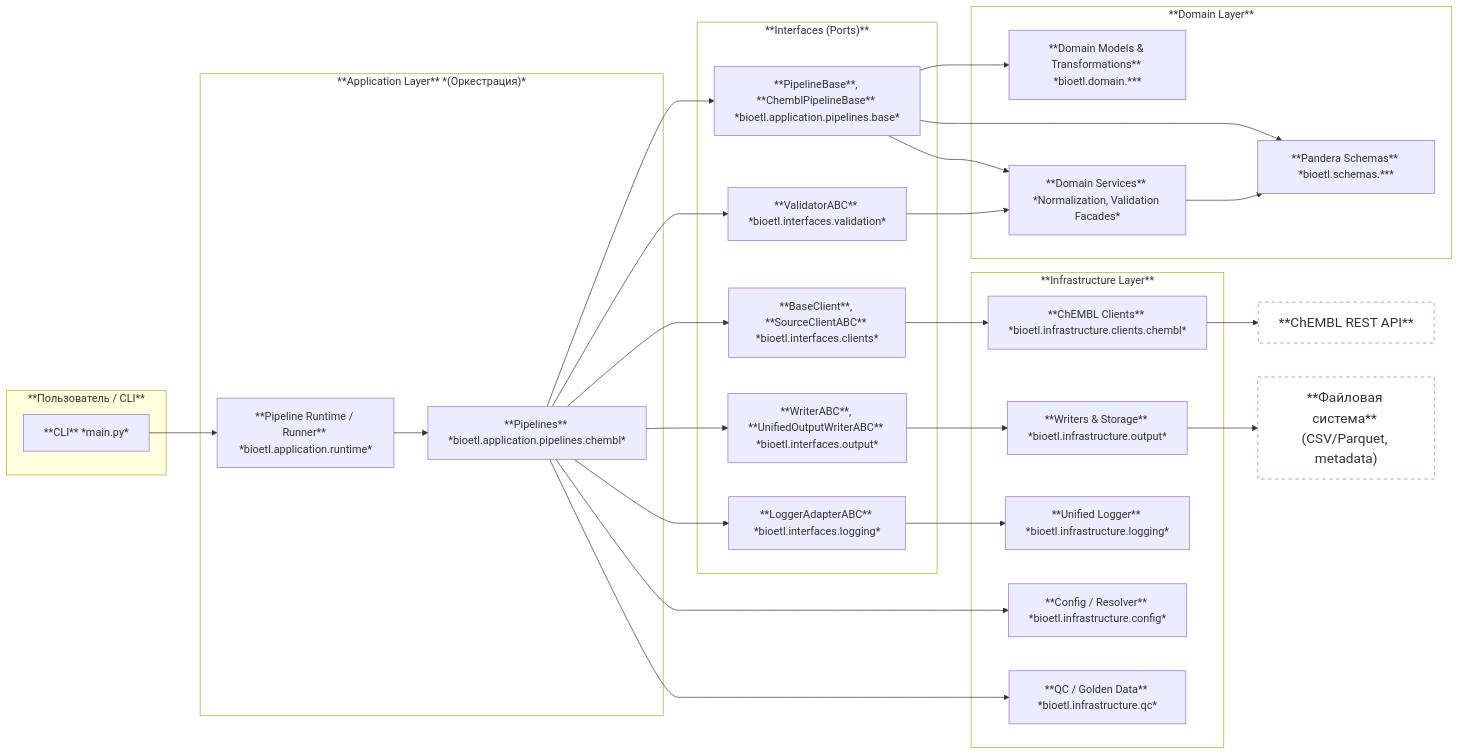
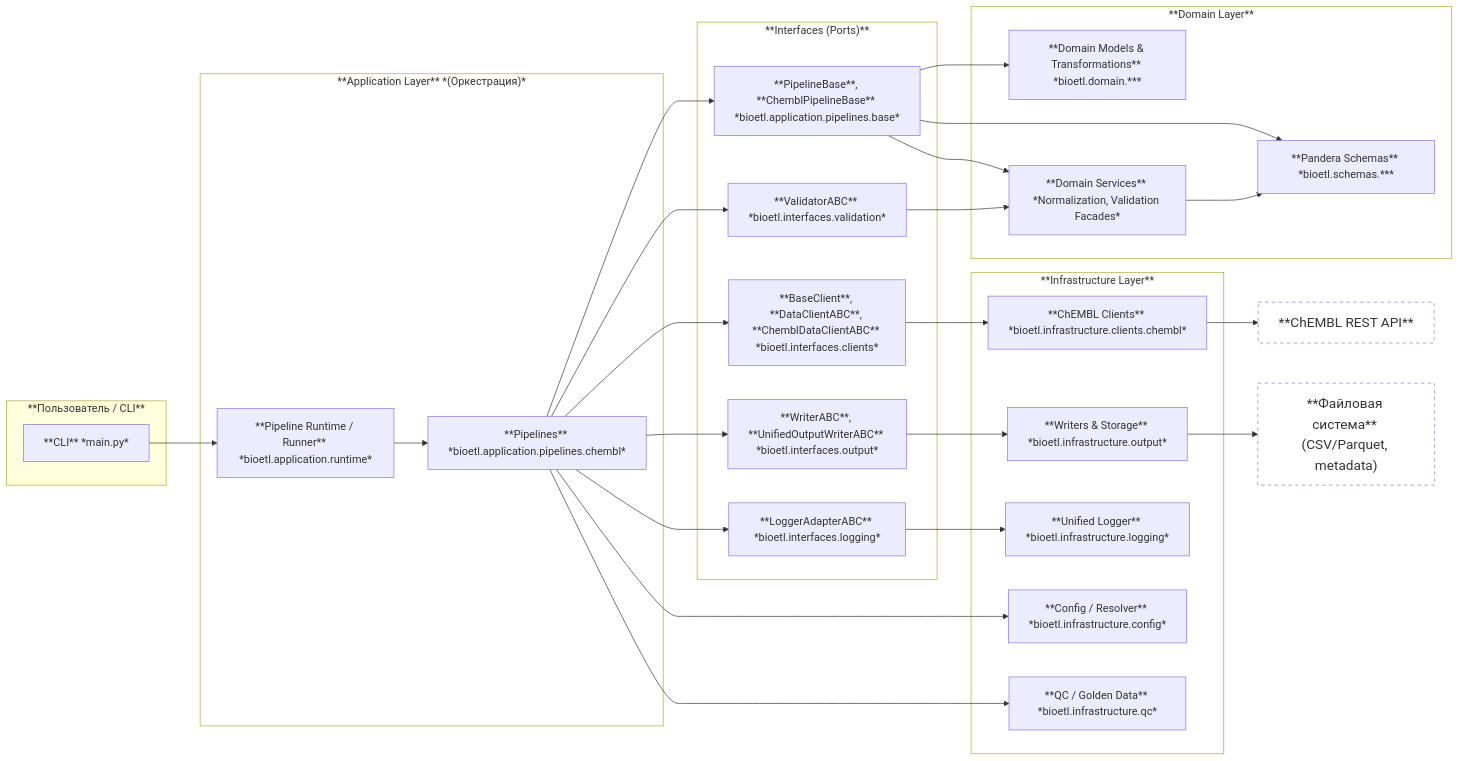
Before and after one commit to SatoryKono/BioactivityDataAcquisition: the seventh of 7 diagrams in docs/architecture/07-diagrams.md, drawn with Mermaid. The commit also changed other lines of this file and 11 other files, not shown here.

Commit message:
Refactor client contracts to remove SourceClientABC

````diff
--- a/docs/architecture/07-diagrams.md
+++ b/docs/architecture/07-diagrams.md
@@ -383,60 +388,60 @@
 ```mermaid
 ---
 id: eba65a67-a730-4b5a-b14d-365c0db29ed4
 ---
 flowchart LR
   subgraph User["**Пользователь / CLI**"]
     CLI["**CLI** *main.py*"]
   end
   subgraph Application["**Application Layer** *(Оркестрация)*"]
     Pipelines["**Pipelines** *bioetl.application.pipelines.chembl*"]
     Runtime["**Pipeline Runtime / Runner** *bioetl.application.runtime*"]
   end
   subgraph Domain["**Domain Layer**"]
     DomainCore["**Domain Models & Transformations** *bioetl.domain.***"]
     Schemas["**Pandera Schemas** *bioetl.schemas.***"]
     Services["**Domain Services** *Normalization, Validation Facades*"]
   end
   subgraph Infrastructure["**Infrastructure Layer**"]
     Clients["**ChEMBL Clients** *bioetl.infrastructure.clients.chembl*"]
     Output["**Writers &amp; Storage** *bioetl.infrastructure.output*"]
     Logging["**Unified Logger** *bioetl.infrastructure.logging*"]
     Config["**Config / Resolver** *bioetl.infrastructure.config*"]
     QC["**QC / Golden Data** *bioetl.infrastructure.qc*"]
   end
   subgraph Interfaces["**Interfaces (Ports)**"]
     IF_Pipeline["**PipelineBase**, **ChemblPipelineBase** *bioetl.application.pipelines.base*"]
-    IF_Client["**BaseClient**, **SourceClientABC** *bioetl.interfaces.clients*"]
+    IF_Client["**BaseClient**, **DataClientABC**, **ChemblDataClientABC** *bioetl.interfaces.clients*"]
     IF_Logger["**LoggerAdapterABC** *bioetl.interfaces.logging*"]
     IF_Writer["**WriterABC**, **UnifiedOutputWriterABC** *bioetl.interfaces.output*"]
     IF_Validator["**ValidatorABC** *bioetl.interfaces.validation*"]
   end
   CLI --> Runtime
   Runtime --> Pipelines
   Pipelines --> IF_Pipeline
   Pipelines --> IF_Client
   Pipelines --> IF_Writer
   Pipelines --> IF_Validator
   Pipelines --> IF_Logger
   Pipelines --> Config
   Pipelines --> QC
   IF_Pipeline --> DomainCore
   IF_Pipeline --> Schemas
   IF_Pipeline --> Services
   IF_Client --> Clients
   Clients --> ext_api["**ChEMBL REST API**"]
   IF_Writer --> Output
   Output --> fs["**Файловая система** (CSV/Parquet, metadata)"]
   IF_Validator --> Services
   Services --> Schemas
   IF_Logger --> Logging
 
   ext_api:::ext
   fs:::ext
   classDef default font-size:16px
   classDef ext fill:#fff,border:#999,stroke-dasharray:5 5,font-size:20px
   style Application fill:#FFFFFF
   style Interfaces fill:transparent
   style Domain fill:#FFFFFF
   style Infrastructure fill:#FFFFFF
 ```
````
